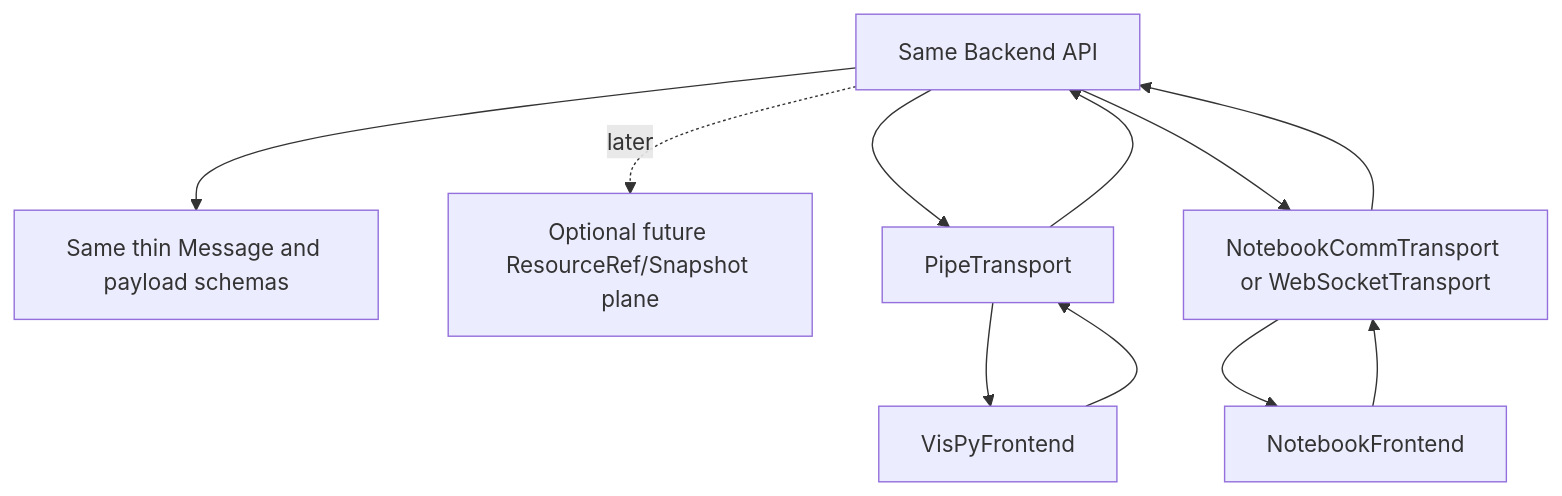
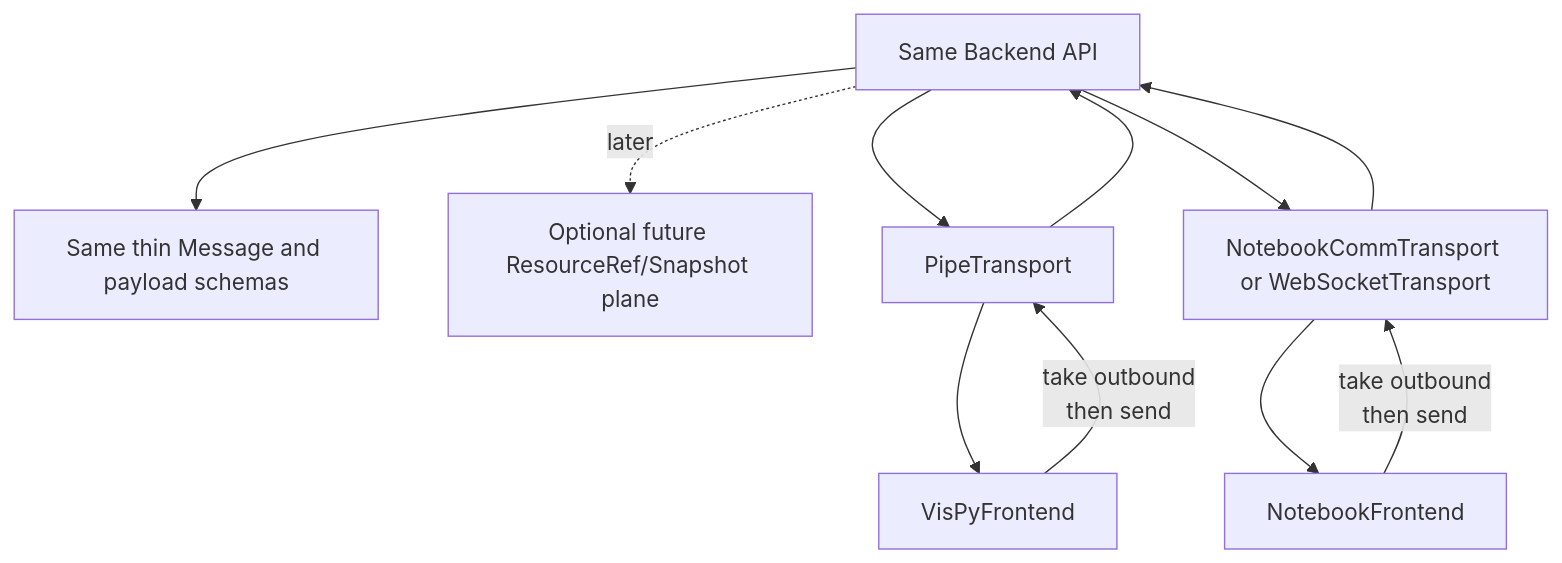
One commit to orrenravid1/CompartmentalNeuronGUI changed diagram 17 of 19 in docs/architecture/design/proposals/backend-transport-frontend-proposal.md. Above: the diagram before and after it, drawn with Mermaid. The commit also changed other lines of this file and 6 other files, not shown here.

````diff
--- a/docs/architecture/design/proposals/backend-transport-frontend-proposal.md
+++ b/docs/architecture/design/proposals/backend-transport-frontend-proposal.md
@@ -1174,17 +1436,17 @@
 ```mermaid
 flowchart TD
     SameBackend[Same Backend API]
     SameMessages[Same thin Message and payload schemas]
     FutureResources[Optional future ResourceRef/Snapshot plane]
     DesktopTransport[PipeTransport]
     NotebookTransport[NotebookCommTransport or WebSocketTransport]
     DesktopFrontend[VisPyFrontend]
     NotebookFrontend[NotebookFrontend]
 
     SameBackend --> DesktopTransport --> DesktopFrontend
     SameBackend --> NotebookTransport --> NotebookFrontend
-    NotebookFrontend --> NotebookTransport --> SameBackend
-    DesktopFrontend --> DesktopTransport --> SameBackend
+    NotebookFrontend -->|take outbound<br/>then send| NotebookTransport --> SameBackend
+    DesktopFrontend -->|take outbound<br/>then send| DesktopTransport --> SameBackend
     SameBackend --> SameMessages
     SameBackend -. later .-> FutureResources
 ```
````
